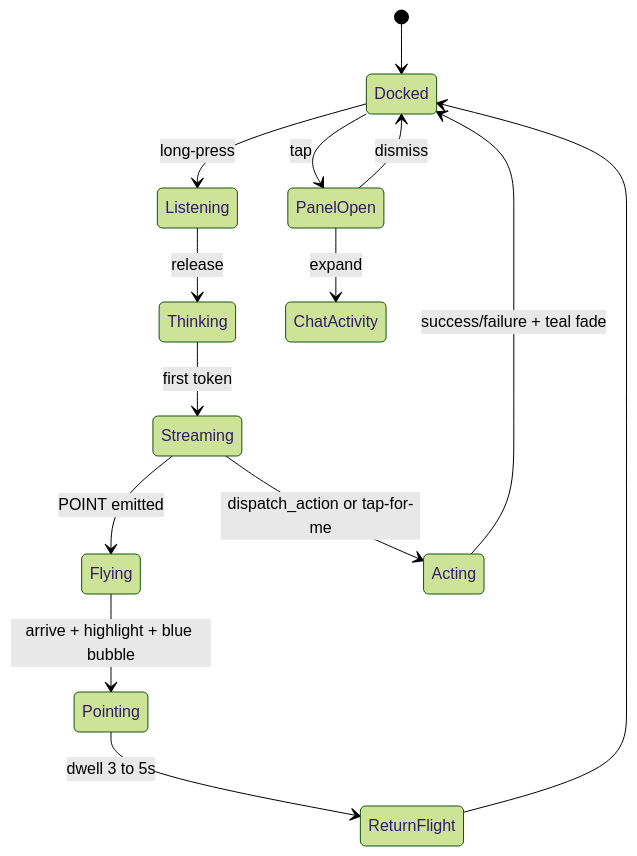
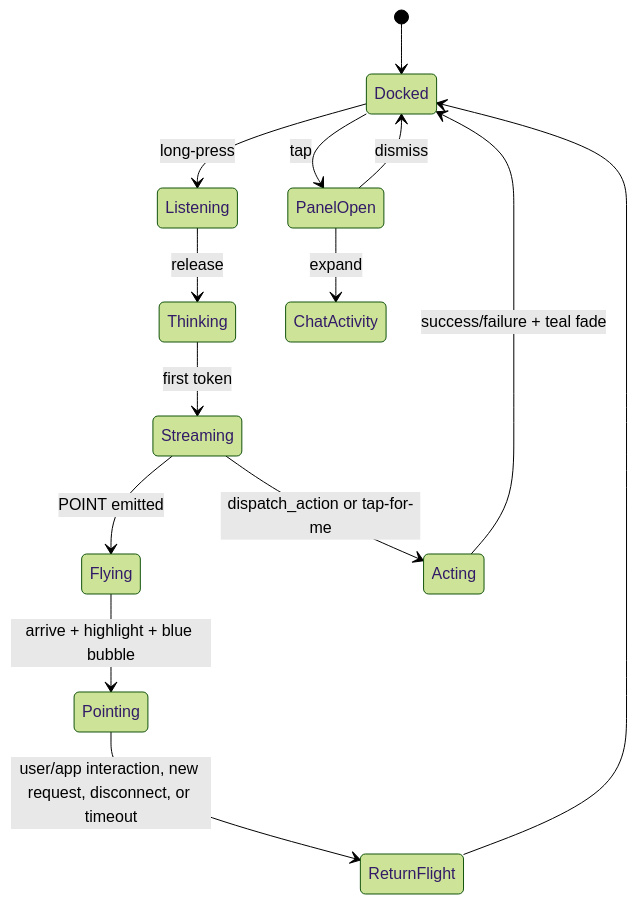
The diagram in Handy_Android_Build_Plan_V2_Scope.md (satvikxbansal/HandyV2), drawn with Mermaid (forest theme) before and after one commit. The commit also changed other lines of this file and 49 other files, not shown here.

````diff
--- a/Handy_Android_Build_Plan_V2_Scope.md
+++ b/Handy_Android_Build_Plan_V2_Scope.md
@@ -73,16 +73,16 @@
 ```mermaid
 stateDiagram-v2
     [*] --> Docked
     Docked --> PanelOpen: tap
     Docked --> Listening: long-press
     Listening --> Thinking: release
     Thinking --> Streaming: first token
     Streaming --> Flying: POINT emitted
     Flying --> Pointing: arrive + highlight + blue bubble
-    Pointing --> ReturnFlight: dwell 3 to 5s
+    Pointing --> ReturnFlight: user/app interaction, new request, disconnect, or timeout
     ReturnFlight --> Docked
     Streaming --> Acting: dispatch_action or tap-for-me
     Acting --> Docked: success/failure + teal fade
     PanelOpen --> Docked: dismiss
     PanelOpen --> ChatActivity: expand
 ```
````
